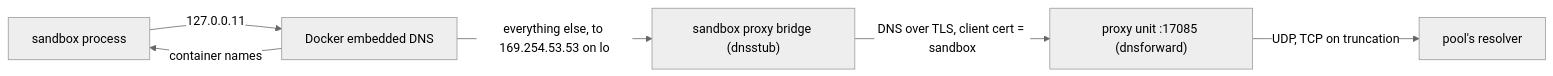
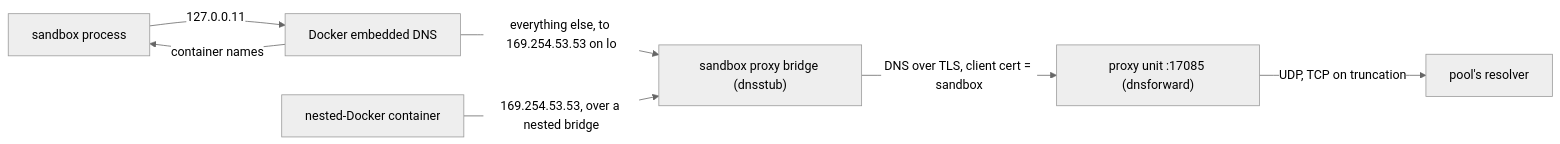
One commit to discobox-ai/discobox changed the fifth of 8 diagrams in pool-agent/DESIGN.md. Above: the diagram before and after it, drawn with Mermaid (neutral theme). The commit also changed other lines of this file and 6 other files, not shown here.

First line of the commit message:
feat(dns): nested Docker containers resolve through the sandbox's stub

````diff
--- a/pool-agent/DESIGN.md
+++ b/pool-agent/DESIGN.md
@@ -1065,8 +1065,9 @@
 ```mermaid
 flowchart LR
     app["sandbox process"] -->|"127.0.0.11"| docker["Docker embedded DNS"]
     docker -->|"container names"| app
     docker -->|"everything else, to 169.254.53.53 on lo"| stub["sandbox proxy bridge (dnsstub)"]
+    nested["nested-Docker container"] -->|"169.254.53.53, over a nested bridge"| stub
     stub -->|"DNS over TLS, client cert = sandbox"| fwd["proxy unit :17085 (dnsforward)"]
     fwd -->|"UDP, TCP on truncation"| up["pool's resolver"]
 ```
````
